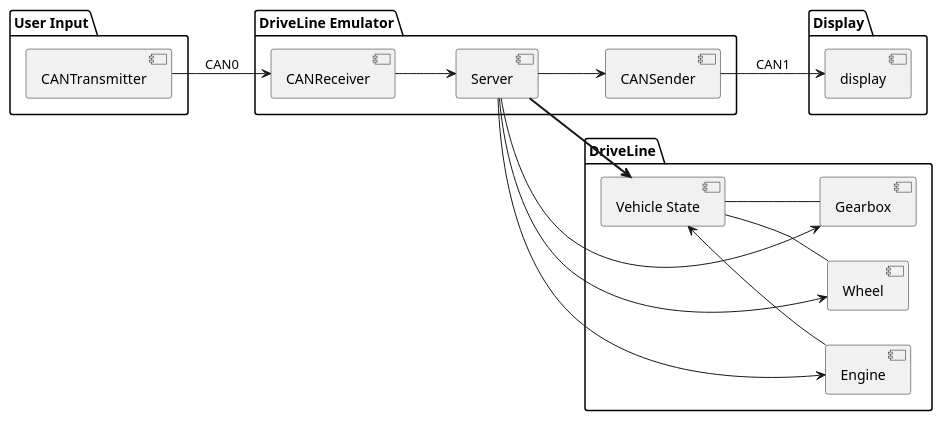
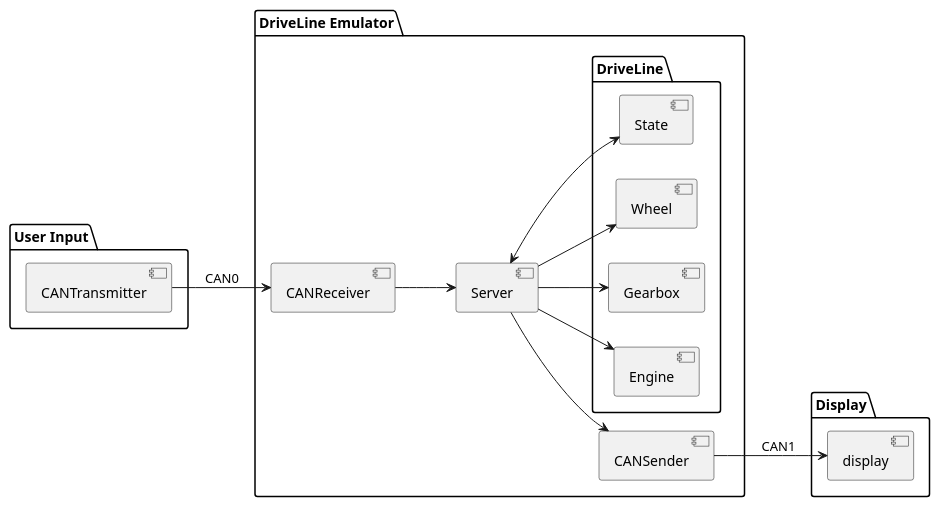
The diagram in doc/SWDesign.plantuml (muncausen/BootCampMidTermLab), drawn with PlantUML before and after one commit. The commit also changed 1 other file, not shown here.

Commit message:
put DriveLine all together

```diff
--- a/doc/SWDesign.plantuml
+++ b/doc/SWDesign.plantuml
@@ -1,37 +1,37 @@
 @startuml Swdesign
 left to right direction
 'skinparam sequenceMessageAlign center
 
 package "User Input" {
   [CANTransmitter]
 }
 
 package "DriveLine Emulator" {
 [CANReceiver]
 [Server]
-'package DriveLine{
+package DriveLine{
 
+[Server] -->  [Engine]
+[Server] --> [Gearbox]
+[Server] --> [Wheel] 
+[Server] <--> [State]
+}
+[CANSender]
+}
+' folder "DriveLine"{
 ' [Server] -->  [Engine]
 ' [Server] --> [Gearbox]
 ' [Server] --> [Wheel] 
-' [Server] <--> [State]
-'}
-[CANSender]
-}
-folder "DriveLine"{
-[Server] -->  [Engine]
-[Server] --> [Gearbox]
-[Server] --> [Wheel] 
-[Server] ==> [Vehicle State]
-}
+' [Server] ==> [Vehicle State]
+' }
 package "Display" {
   [display]
 }
 [CANTransmitter] --> [CANReceiver] : CAN0
 [CANReceiver] --> [Server]
 [Server] -->[CANSender]
 [CANSender] --> [display] : CAN1
-[Vehicle State] <--  [Engine]
-[Vehicle State] -- [Gearbox]
-[Vehicle State] -- [Wheel] 
+' [Vehicle State] <--  [Engine]
+' [Vehicle State] -- [Gearbox]
+' [Vehicle State] -- [Wheel] 
 @enduml
```
